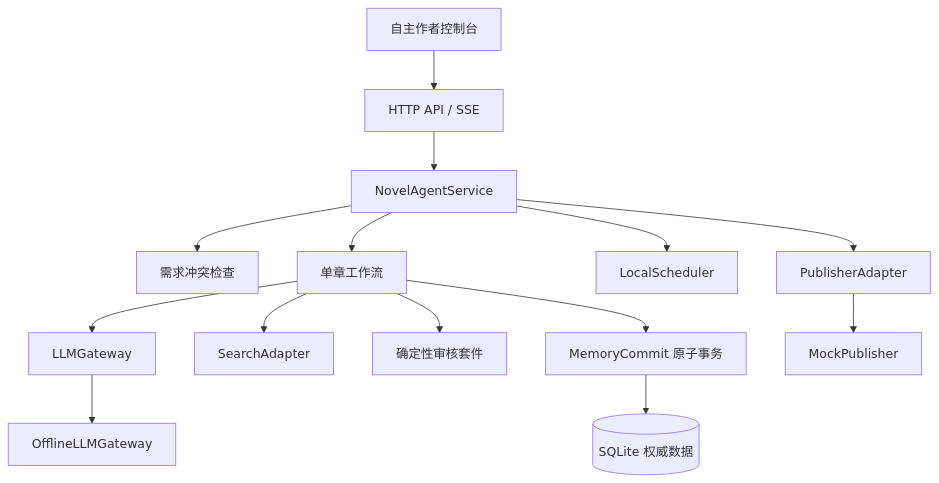
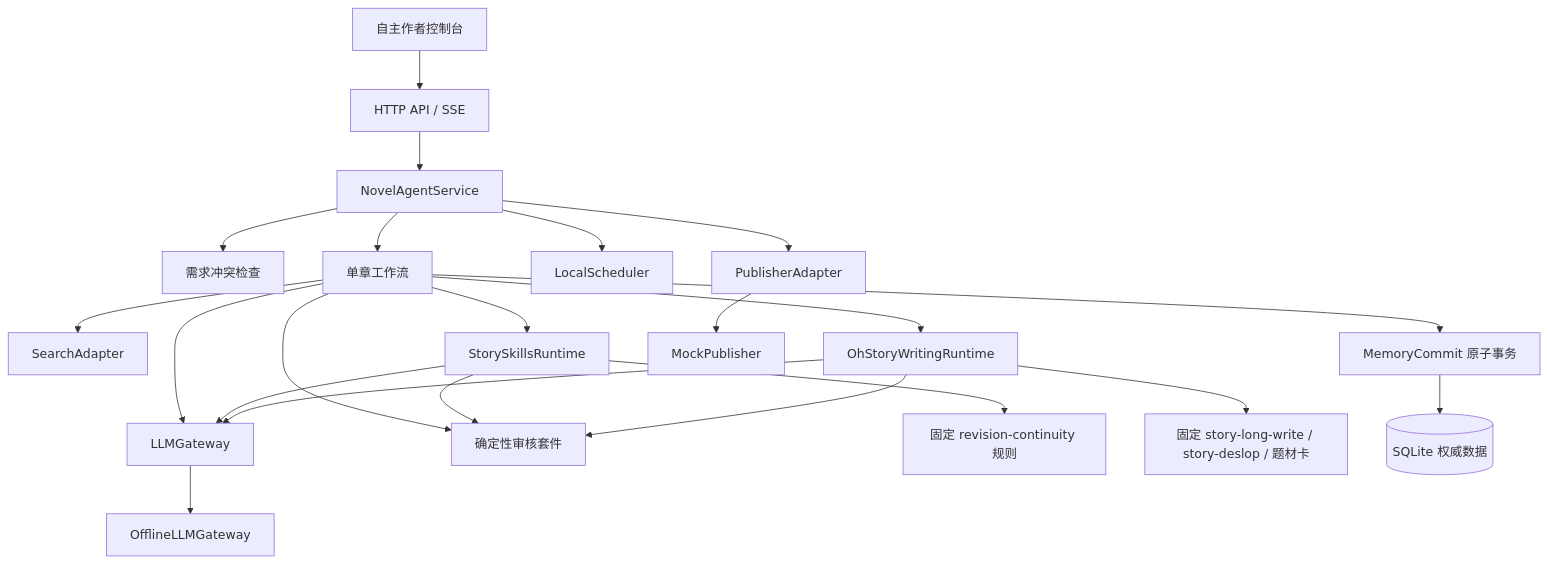
The first of 2 diagrams in docs/ARCHITECTURE.md (Tongtron/NovelAgent), drawn with Mermaid before and after one commit. The commit also changed other lines of this file and 3619 other files, not shown here.

````diff
--- a/docs/ARCHITECTURE.md
+++ b/docs/ARCHITECTURE.md
@@ -5,16 +5,24 @@
 ```mermaid
 flowchart TD
   UI[自主作者控制台] --> API[HTTP API / SSE]
   API --> APP[NovelAgentService]
   APP --> REQ[需求冲突检查]
   APP --> WF[单章工作流]
   WF --> LLM[LLMGateway]
   WF --> SEARCH[SearchAdapter]
   WF --> REVIEW[确定性审核套件]
+  WF --> SKILL[StorySkillsRuntime]
+  SKILL --> VENDOR[固定 revision-continuity 规则]
+  SKILL --> LLM
+  SKILL --> REVIEW
+  WF --> WRITING[OhStoryWritingRuntime]
+  WRITING --> OHVENDOR[固定 story-long-write / story-deslop / 题材卡]
+  WRITING --> LLM
+  WRITING --> REVIEW
   WF --> TX[MemoryCommit 原子事务]
   TX --> DB[(SQLite 权威数据)]
   APP --> SCHED[LocalScheduler]
   APP --> PUB[PublisherAdapter]
   LLM --> OFFLINE[OfflineLLMGateway]
   PUB --> MOCK[MockPublisher]
 ```
````
